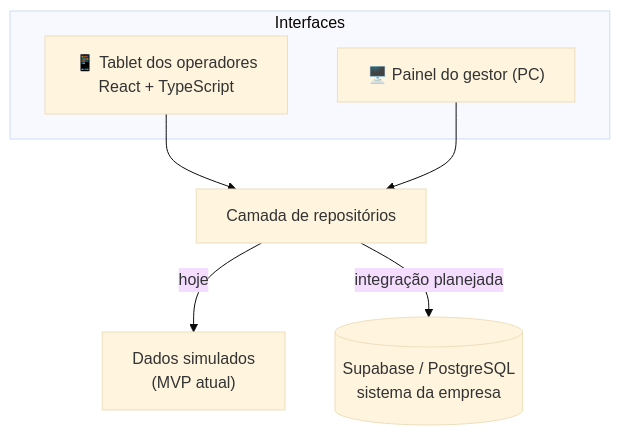
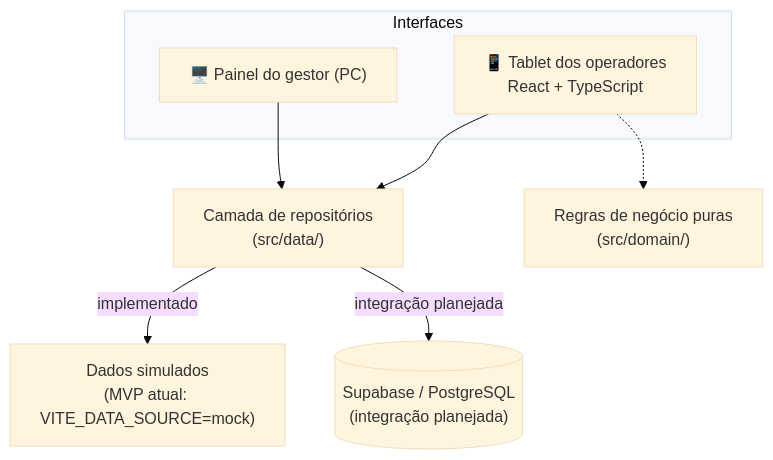
One commit to CarvalhoNathan/mada changed the second of 2 diagrams in README.md. Above: the diagram before and after it, drawn with Mermaid (base theme). The commit also changed other lines of this file and 1 other file, not shown here.

````diff
--- a/README.md
+++ b/README.md
@@ -76,14 +76,16 @@
 ```mermaid
 flowchart TB
     subgraph Interfaces
         T["📱 Tablet dos operadores<br/>React + TypeScript"]
         P["🖥️ Painel do gestor (PC)"]
     end
-    R["Camada de repositórios"]
-    M["Dados simulados<br/>(MVP atual)"]
-    S[("Supabase / PostgreSQL<br/>sistema da empresa")]
+    R["Camada de repositórios<br/>(src/data/)"]
+    M["Dados simulados<br/>(MVP atual: VITE_DATA_SOURCE=mock)"]
+    S[("Supabase / PostgreSQL<br/>(integração planejada)")]
+    D["Regras de negócio puras<br/>(src/domain/)"]
     T --> R
     P --> R
-    R -->|hoje| M
+    T -.-> D
+    R -->|implementado| M
     R -->|integração planejada| S
 ```
````
